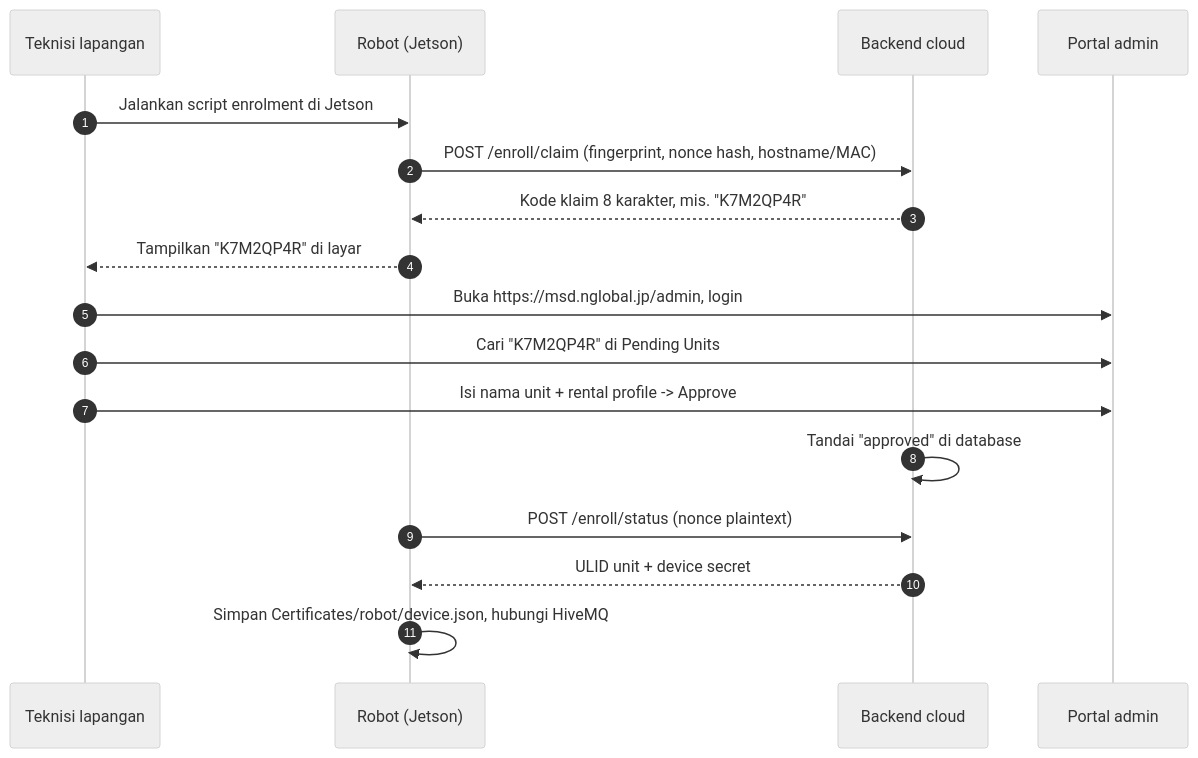
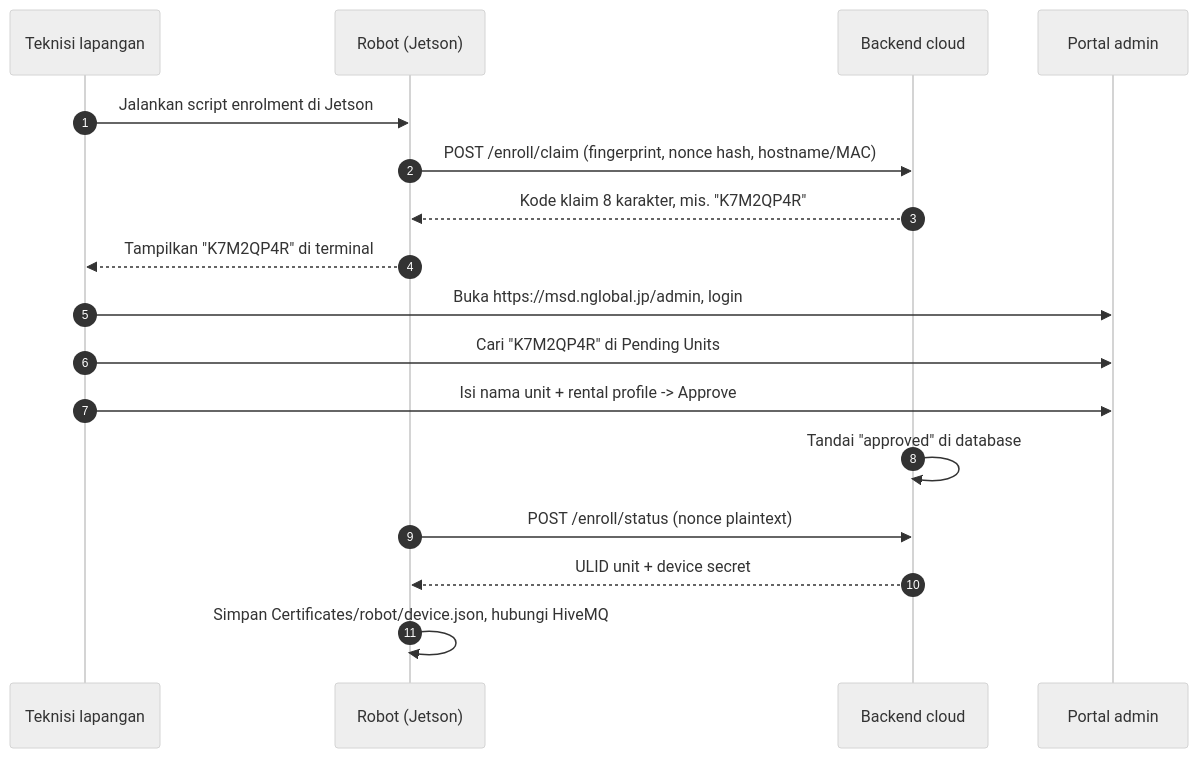
One commit to itbdelaboprogramming/msd700_documentation changed the second of 3 diagrams in docs/id/setup/server-setup.md. Above: the diagram before and after it, drawn with Mermaid (neutral theme). The commit also changed other lines of this file and 340 other files, not shown here.

````diff
--- a/docs/id/setup/server-setup.md
+++ b/docs/id/setup/server-setup.md
@@ -315,22 +315,22 @@
 ```mermaid
 sequenceDiagram
   autonumber
   participant Tech as Teknisi lapangan
   participant Unit as Robot (Jetson)
   participant Server as Backend cloud
   participant Admin as Portal admin
 
   Tech->>Unit: Jalankan script enrolment di Jetson
   Unit->>Server: POST /enroll/claim (fingerprint, nonce hash, hostname/MAC)
   Server-->>Unit: Kode klaim 8 karakter, mis. "K7M2QP4R"
-  Unit-->>Tech: Tampilkan "K7M2QP4R" di layar
+  Unit-->>Tech: Tampilkan "K7M2QP4R" di terminal
 
   Tech->>Admin: Buka https://msd.nglobal.jp/admin, login
   Tech->>Admin: Cari "K7M2QP4R" di Pending Units
   Tech->>Admin: Isi nama unit + rental profile -> Approve
 
   Server->>Server: Tandai "approved" di database
   Unit->>Server: POST /enroll/status (nonce plaintext)
   Server-->>Unit: ULID unit + device secret
   Unit->>Unit: Simpan Certificates/robot/device.json, hubungi HiveMQ
 ```
````
